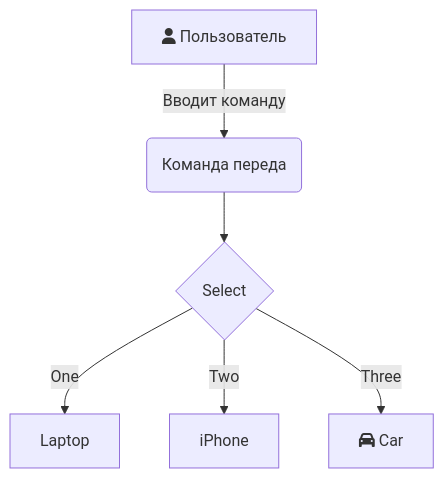
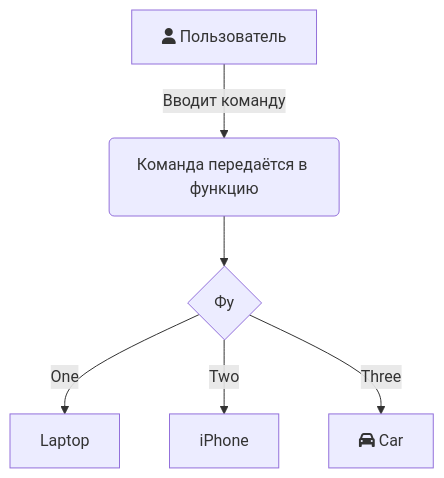
One commit to obsmotpk/iodraw-files changed the diagram in all/не называться.md. Above: the diagram before and after it, drawn with Mermaid.

Commit message:
2024-12-10 19:17:23 update

````diff
--- a/all/не называться.md
+++ b/all/не называться.md
@@ -1,8 +1,8 @@
 ```mermaid
 graph TD
-    A[fa:fa-user Пользователь] -->|Вводит команду| B(Команда переда)
-    B --> C{Select}
+    A[fa:fa-user Пользователь] -->|Вводит команду| B(Команда передаётся в функцию)
+    B --> C{Фу}
     C -->|One| D[Laptop]
     C -->|Two| E[iPhone]
     C -->|Three| F[fa:fa-car Car]
 ```
````
